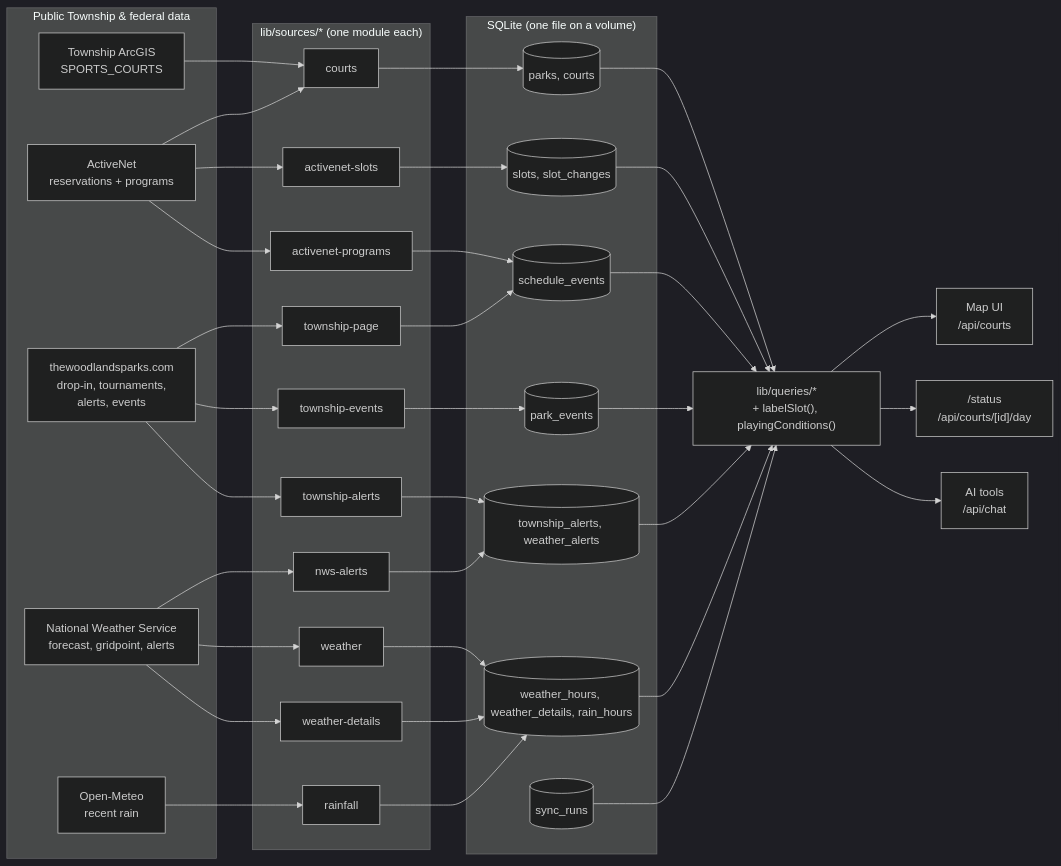
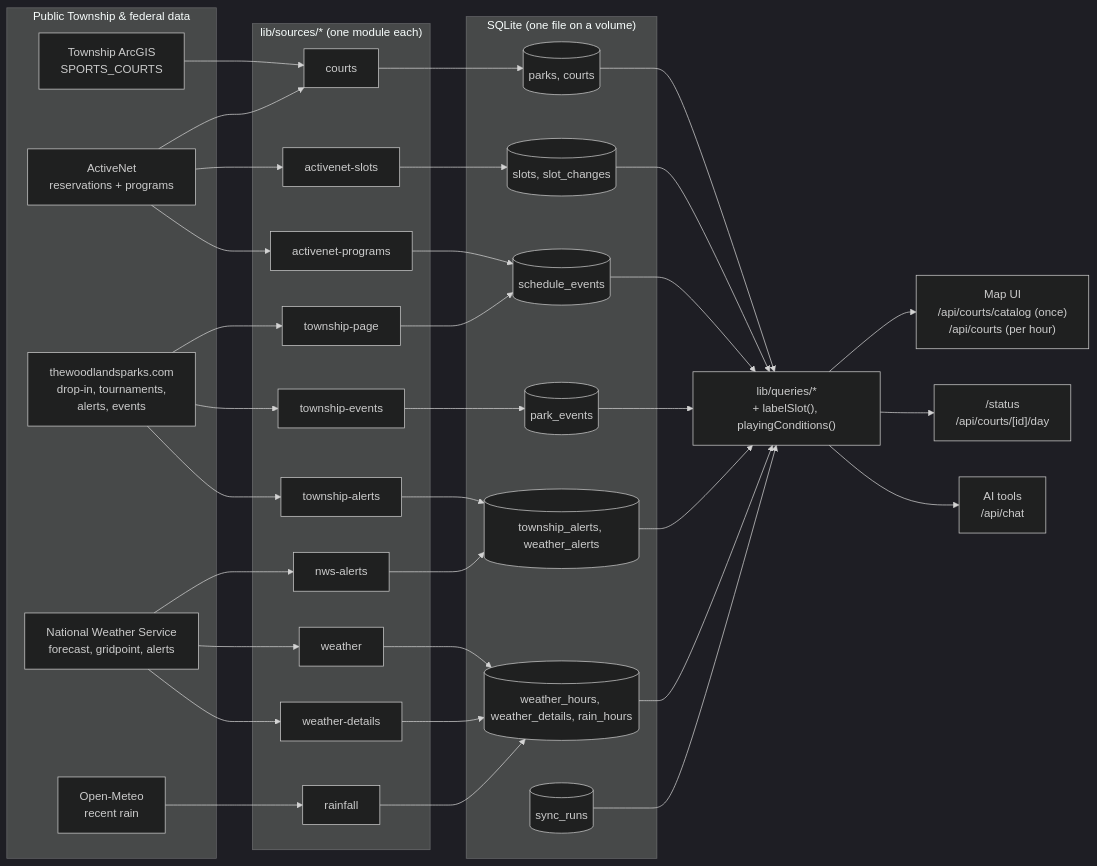
The diagram in README.md (JohnnyRacket/woodlands-court-finder), drawn with Mermaid (dark theme) before and after one commit. The commit also changed 9 other files, not shown here.

First line of the commit message:
Load court details once and fetch only labels per hour

````diff
--- a/README.md
+++ b/README.md
@@ -18,54 +18,54 @@
 ```mermaid
 flowchart LR
   subgraph Upstream["Public Township & federal data"]
     GIS["Township ArcGIS<br/>SPORTS_COURTS"]
     AN["ActiveNet<br/>reservations + programs"]
     WEB["thewoodlandsparks.com<br/>drop-in, tournaments,<br/>alerts, events"]
     NWS["National Weather Service<br/>forecast, gridpoint, alerts"]
     OM["Open-Meteo<br/>recent rain"]
   end
 
   subgraph Sources["lib/sources/* (one module each)"]
     C["courts"]
     S["activenet-slots"]
     P["activenet-programs"]
     T["township-page"]
     TA["township-alerts"]
     TE["township-events"]
     W["weather"]
     WD["weather-details"]
     NA["nws-alerts"]
     R["rainfall"]
   end
 
   subgraph DB["SQLite (one file on a volume)"]
     PC[("parks, courts")]
     SL[("slots, slot_changes")]
     EV[("schedule_events")]
     PE[("park_events")]
     AL[("township_alerts, weather_alerts")]
     WH[("weather_hours, weather_details, rain_hours")]
     SR[("sync_runs")]
   end
 
   GIS --> C
   AN --> C
   AN --> S
   AN --> P
   WEB --> T & TA & TE
   NWS --> W & WD & NA
   OM --> R
   C --> PC
   S --> SL
   P --> EV
   T --> EV
   TE --> PE
   TA & NA --> AL
   W & WD & R --> WH
 
   Q["lib/queries/*<br/>+ labelSlot(), playingConditions()"]
   PC & SL & EV & PE & AL & WH & SR --> Q
-  Q --> UI["Map UI<br/>/api/courts"]
+  Q --> UI["Map UI<br/>/api/courts/catalog (once)<br/>/api/courts (per hour)"]
   Q --> PAGES["/status<br/>/api/courts/[id]/day"]
   Q --> AI["AI tools<br/>/api/chat"]
 ```
````
